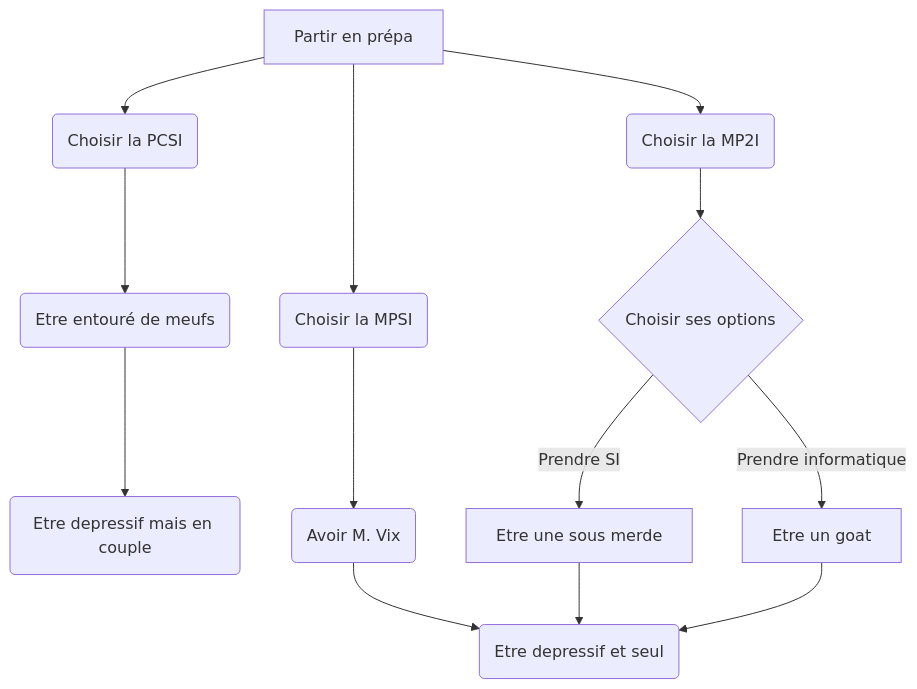
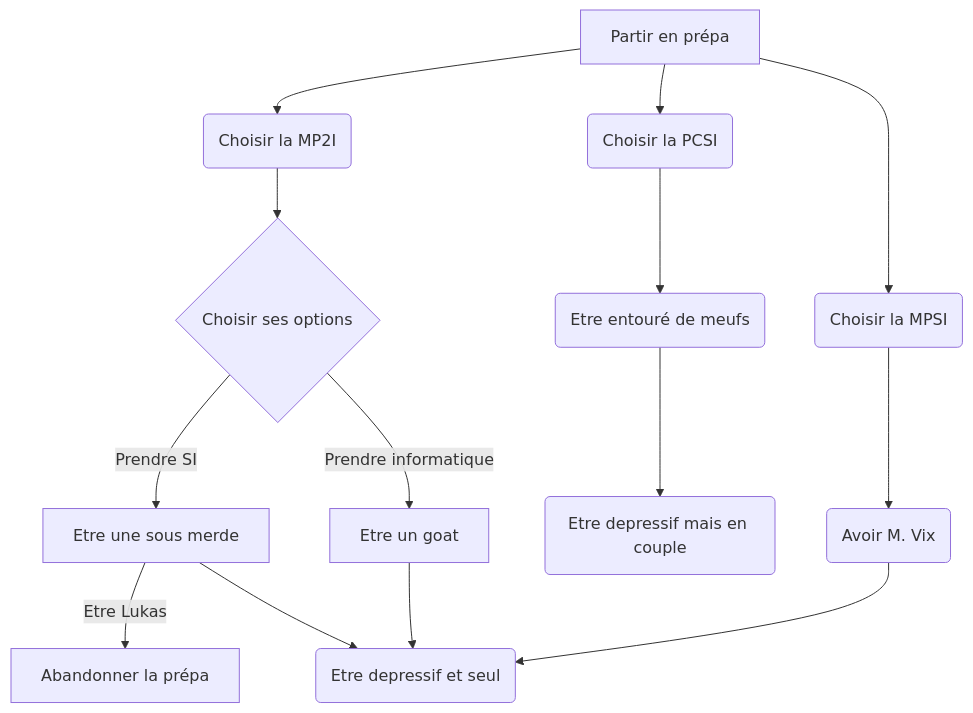
The diagram in README.md (gnaboo/DM_REICHERT), drawn with Mermaid before and after one commit. The commit also changed 1 other file, not shown here.

````diff
--- a/README.md
+++ b/README.md
@@ -6,16 +6,17 @@
 ```mermaid
 graph TD
     A[Partir en prépa]
     A -->B(Choisir la MP2I)
     A -->H(Choisir la PCSI)
     H --> O(Etre entouré de meufs)
     O--> I(Etre depressif mais en couple)
     A -->J(Choisir la MPSI)
     J -->K(Avoir M. Vix)
     K -->Y(Etre depressif et seul)
     B --> C{Choisir ses options}
     C -->|Prendre SI| D[Etre une sous merde]
+    D -->|Etre Lukas| F[Abandonner la prépa]
     C -->|Prendre informatique| E[Etre un goat]
     D--> Y
     E-->Y
 ```
````
